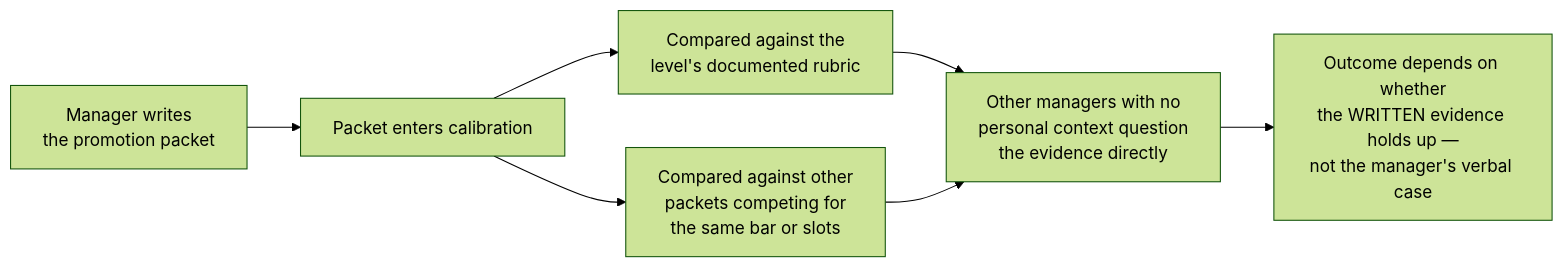
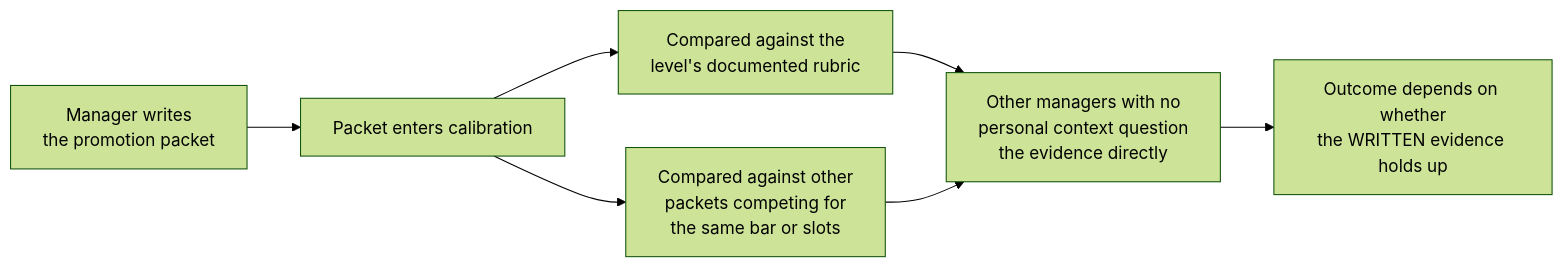
Before and after one commit to francoandreDev/knowledge: the diagram in src/content/career-craft/calibration-processes/L2-concept.mdx, drawn with Mermaid (forest theme). The commit also changed other lines of this file and 3 other files, not shown here.

````diff
--- a/src/content/career-craft/calibration-processes/L2-concept.mdx
+++ b/src/content/career-craft/calibration-processes/L2-concept.mdx
@@ -60,9 +29,9 @@
 ```mermaid
 flowchart LR
     A["Manager writes\nthe promotion packet"] --> B["Packet enters calibration"]
     B --> C["Compared against the\nlevel's documented rubric"]
     B --> D["Compared against other\npackets competing for\nthe same bar or slots"]
     C --> E["Other managers with no\npersonal context question\nthe evidence directly"]
     D --> E
-    E --> F["Outcome depends on whether\nthe WRITTEN evidence holds up —\nnot the manager's verbal case"]
+    E --> F["Outcome depends on whether\nthe WRITTEN evidence holds up"]
 ```
````
